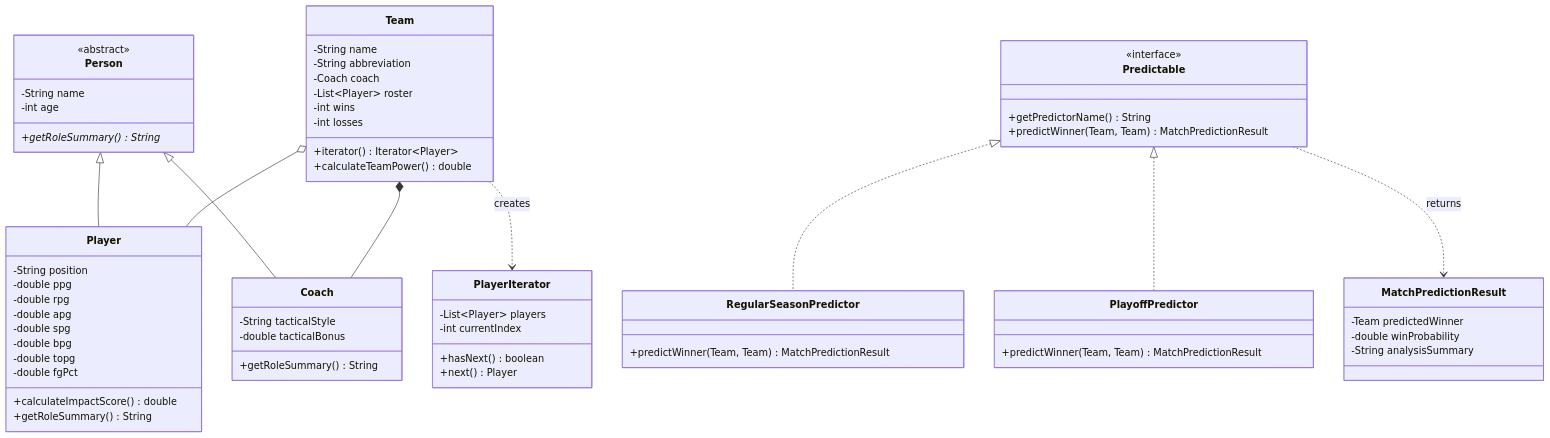
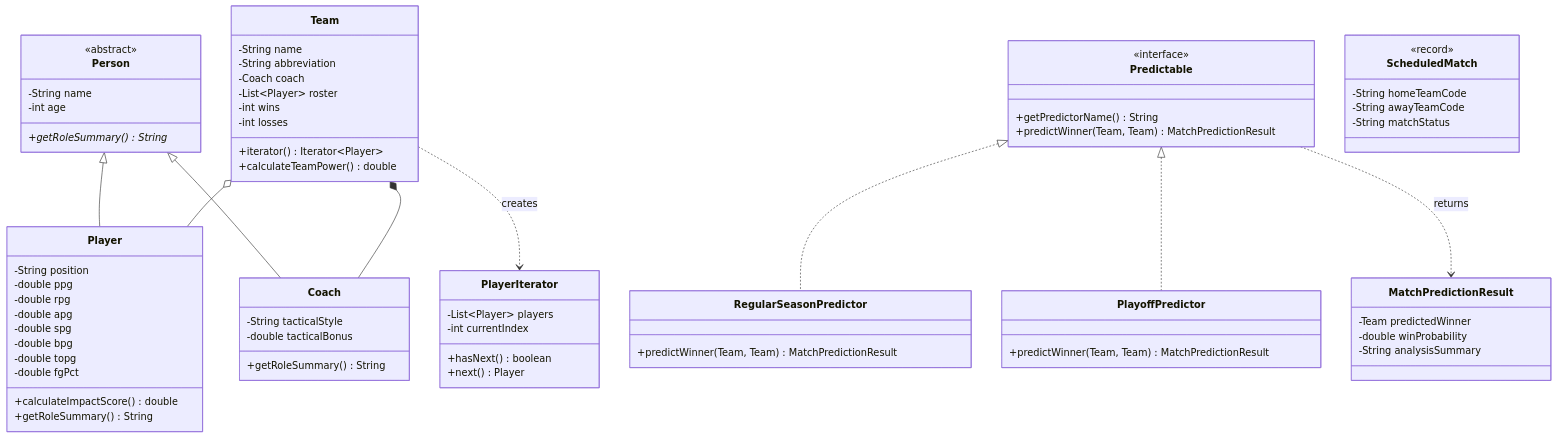
Before and after one commit to Berkayblgr/nba-oop-match-predictor: the diagram in README.md, drawn with Mermaid. The commit also changed other lines of this file and 3 other files, not shown here.

````diff
--- a/README.md
+++ b/README.md
@@ -17,67 +18,73 @@
 ```mermaid
 classDiagram
     class Person {
         <<abstract>>
         -String name
         -int age
         +getRoleSummary()* String
     }
     class Player {
         -String position
         -double ppg
         -double rpg
         -double apg
         -double spg
         -double bpg
         -double topg
         -double fgPct
         +calculateImpactScore() double
         +getRoleSummary() String
     }
     class Coach {
         -String tacticalStyle
         -double tacticalBonus
         +getRoleSummary() String
     }
     class Team {
         -String name
         -String abbreviation
         -Coach coach
         -List~Player~ roster
         -int wins
         -int losses
         +iterator() Iterator~Player~
         +calculateTeamPower() double
     }
     class PlayerIterator {
         -List~Player~ players
         -int currentIndex
         +hasNext() boolean
         +next() Player
     }
     class Predictable {
         <<interface>>
         +getPredictorName() String
         +predictWinner(Team, Team) MatchPredictionResult
     }
     class RegularSeasonPredictor {
         +predictWinner(Team, Team) MatchPredictionResult
     }
     class PlayoffPredictor {
         +predictWinner(Team, Team) MatchPredictionResult
     }
     class MatchPredictionResult {
         -Team predictedWinner
         -double winProbability
         -String analysisSummary
     }
+    class ScheduledMatch {
+        <<record>>
+        -String homeTeamCode
+        -String awayTeamCode
+        -String matchStatus
+    }
 
     Person <|-- Player
     Person <|-- Coach
     Team *-- Coach
     Team o-- Player
     Team ..> PlayerIterator : creates
     Predictable <|.. RegularSeasonPredictor
     Predictable <|.. PlayoffPredictor
     Predictable ..> MatchPredictionResult : returns
 ```
````
